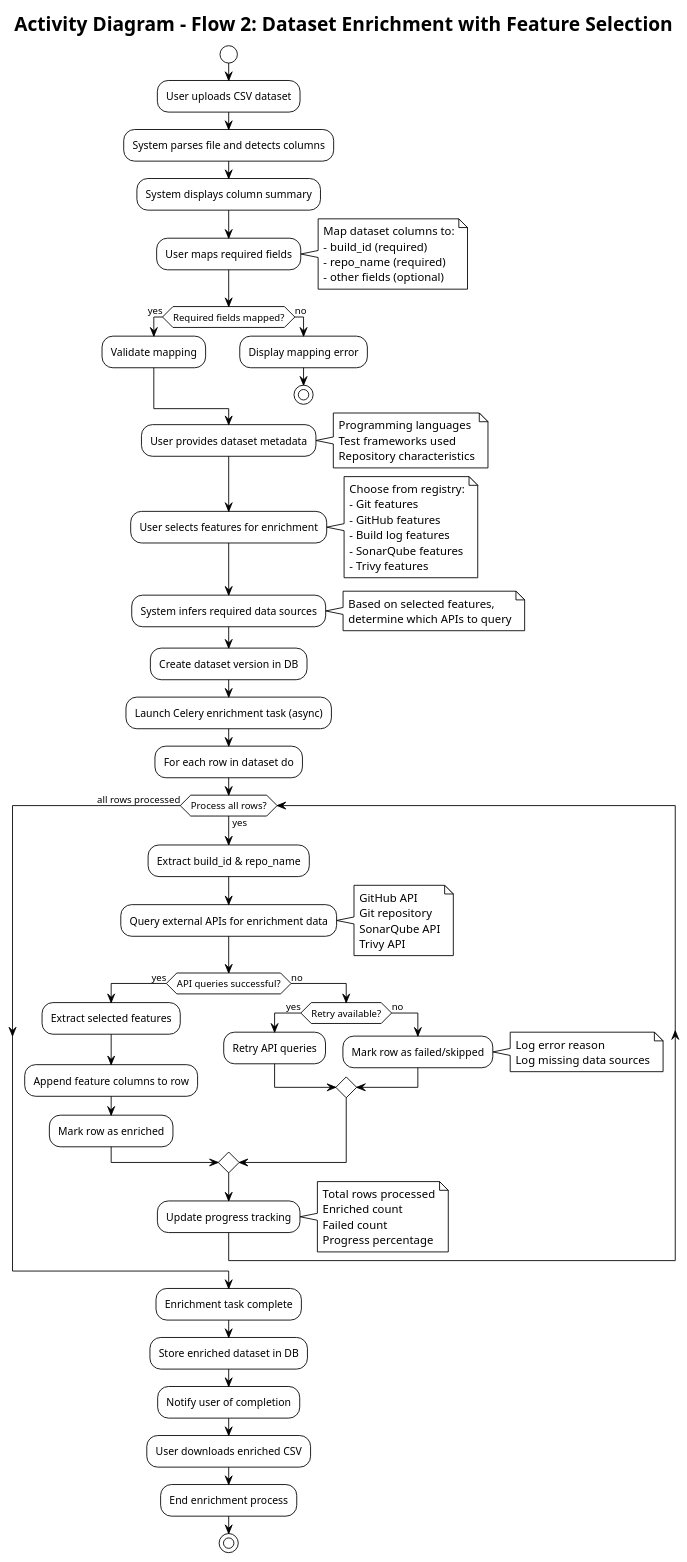
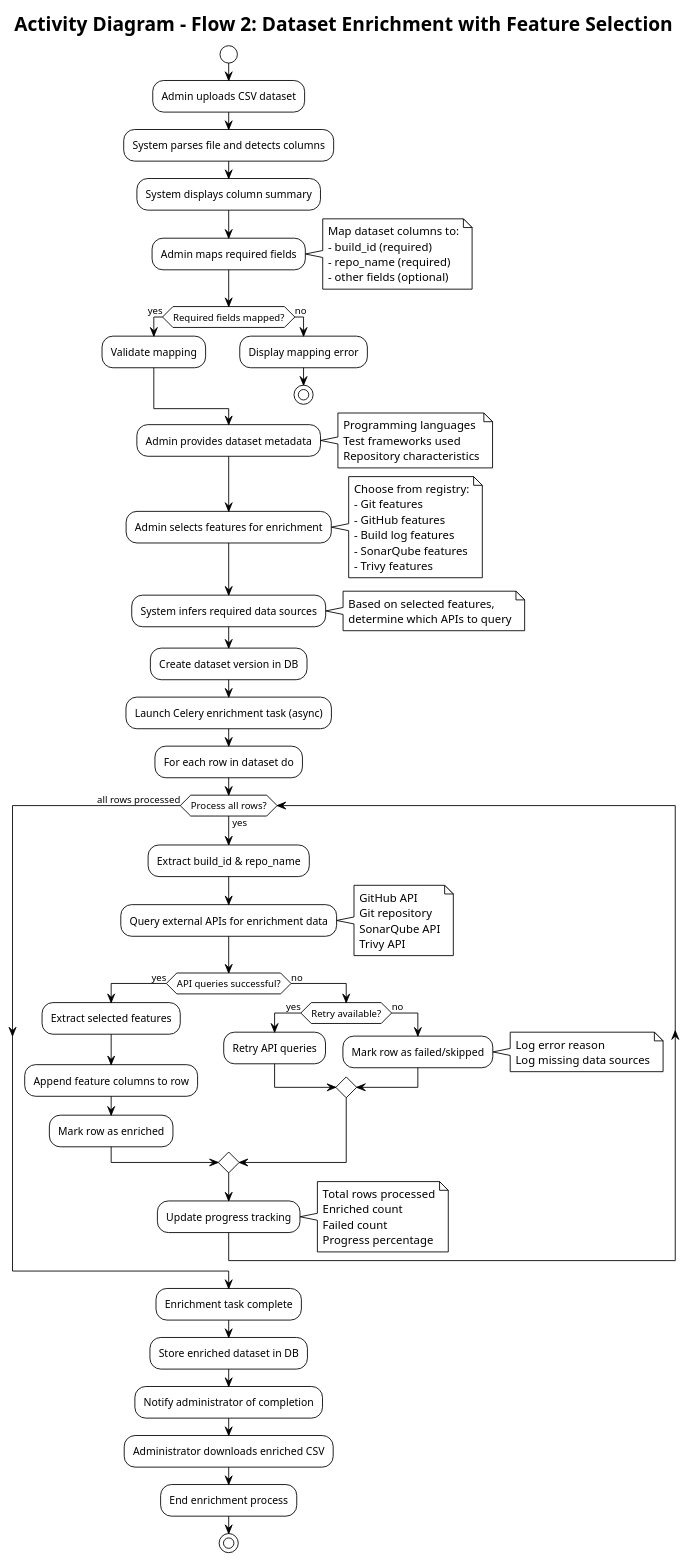
The diagram in diagrams/activity_flow2_dataset_enrichment.puml (hunglaithe117-alt/build-risk-dashboard), drawn with PlantUML before and after one commit. The commit also changed 13 other files, not shown here.

```diff
--- a/diagrams/activity_flow2_dataset_enrichment.puml
+++ b/diagrams/activity_flow2_dataset_enrichment.puml
@@ -1,107 +1,107 @@
 @startuml activity_flow2_dataset_enrichment
 !theme plain
 title Activity Diagram - Flow 2: Dataset Enrichment with Feature Selection
 
 start
 
-:User uploads CSV dataset;
+:Admin uploads CSV dataset;
 
 :System parses file and detects columns;
 
 :System displays column summary;
 
-:User maps required fields;
+:Admin maps required fields;
 note right
   Map dataset columns to:
   - build_id (required)
   - repo_name (required)
   - other fields (optional)
 end note
 
 if (Required fields mapped?) then (yes)
     :Validate mapping;
 else (no)
     :Display mapping error;
     stop
 endif
 
-:User provides dataset metadata;
+:Admin provides dataset metadata;
 note right
   Programming languages
   Test frameworks used
   Repository characteristics
 end note
 
-:User selects features for enrichment;
+:Admin selects features for enrichment;
 note right
   Choose from registry:
   - Git features
   - GitHub features
   - Build log features
   - SonarQube features
   - Trivy features
 end note
 
 :System infers required data sources;
 note right
   Based on selected features,
   determine which APIs to query
 end note
 
 :Create dataset version in DB;
 
 :Launch Celery enrichment task (async);
 
 :For each row in dataset do;
 
 while (Process all rows?) is (yes)
     :Extract build_id & repo_name;
     
     :Query external APIs for enrichment data;
     note right
       GitHub API
       Git repository
       SonarQube API
       Trivy API
     end note
     
     if (API queries successful?) then (yes)
         :Extract selected features;
         
         :Append feature columns to row;
         
         :Mark row as enriched;
     else (no)
         if (Retry available?) then (yes)
             :Retry API queries;
         else (no)
             :Mark row as failed/skipped;
             note right
               Log error reason
               Log missing data sources
             end note
         endif
     endif
     
     :Update progress tracking;
     note right
       Total rows processed
       Enriched count
       Failed count
       Progress percentage
     end note
 endwhile (all rows processed)
 
 :Enrichment task complete;
 
 :Store enriched dataset in DB;
 
-:Notify user of completion;
+:Notify administrator of completion;
 
-:User downloads enriched CSV;
+:Administrator downloads enriched CSV;
 
 :End enrichment process;
 
 stop
 
 @enduml
```
